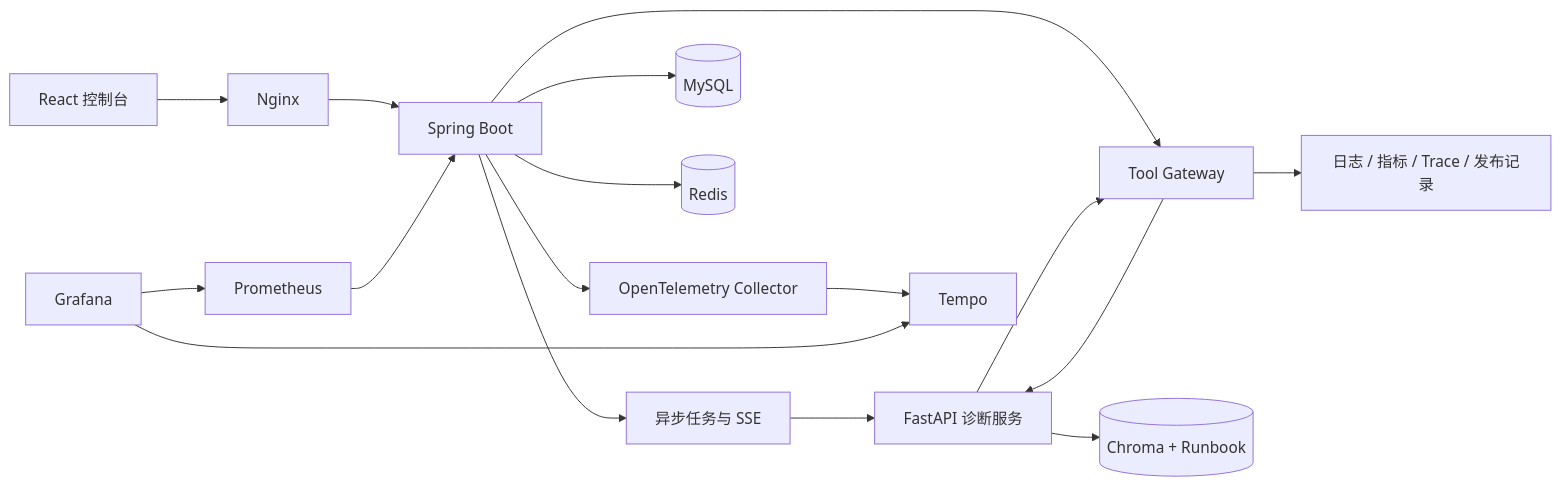
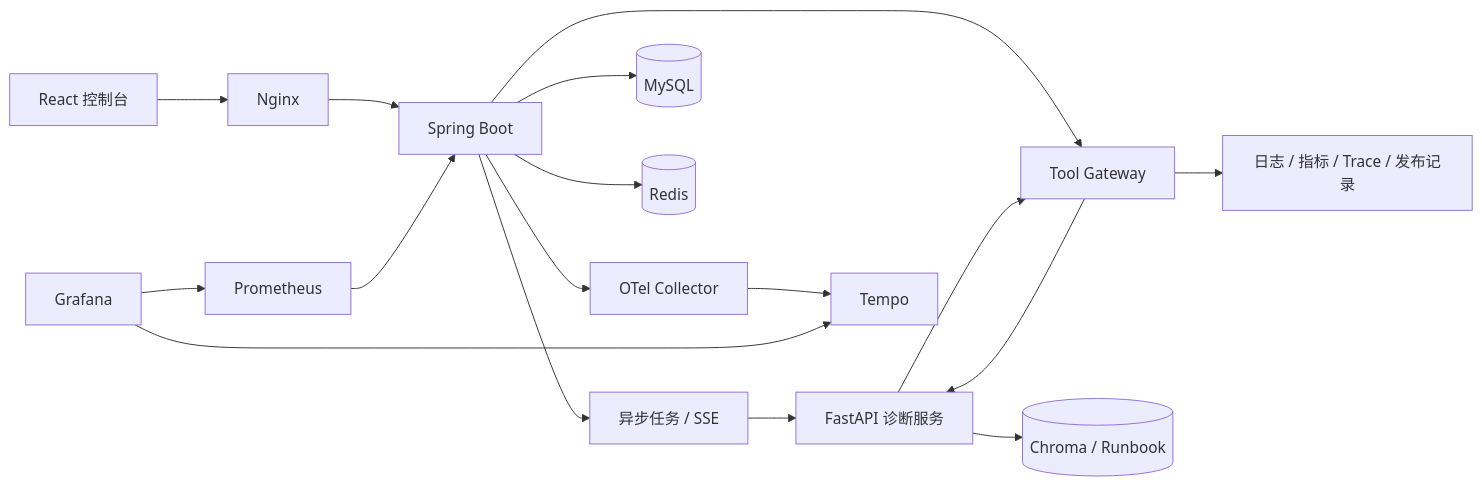
One commit to Hidingbrass/opsmind-ai changed the diagram in README.md. Above: the diagram before and after it, drawn with Mermaid. The commit also changed other lines of this file, not shown here.

````diff
--- a/README.md
+++ b/README.md
@@ -44,19 +82,19 @@
 ```mermaid
 flowchart LR
     UI["React 控制台"] --> NGINX["Nginx"]
     NGINX --> API["Spring Boot"]
-    API --> TASK["异步任务与 SSE"]
+    API --> TASK["异步任务 / SSE"]
     API --> GATEWAY["Tool Gateway"]
     API --> MYSQL[("MySQL")]
     API --> REDIS[("Redis")]
     TASK --> AI["FastAPI 诊断服务"]
     AI --> GATEWAY
     GATEWAY --> OBS["日志 / 指标 / Trace / 发布记录"]
     GATEWAY --> AI
-    AI --> CHROMA[("Chroma + Runbook")]
-    API --> OTEL["OpenTelemetry Collector"]
+    AI --> CHROMA[("Chroma / Runbook")]
+    API --> OTEL["OTel Collector"]
     OTEL --> TEMPO["Tempo"]
     PROM["Prometheus"] --> API
     GRAFANA["Grafana"] --> PROM
     GRAFANA --> TEMPO
 ```
````
